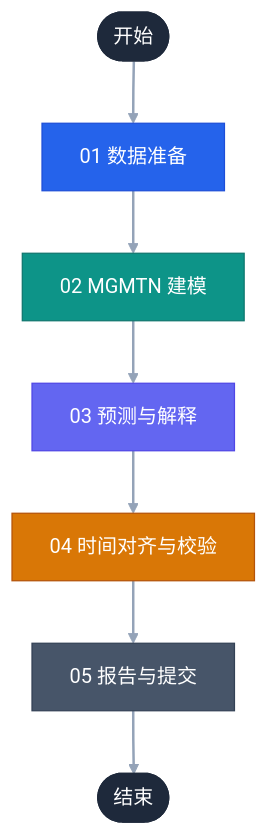
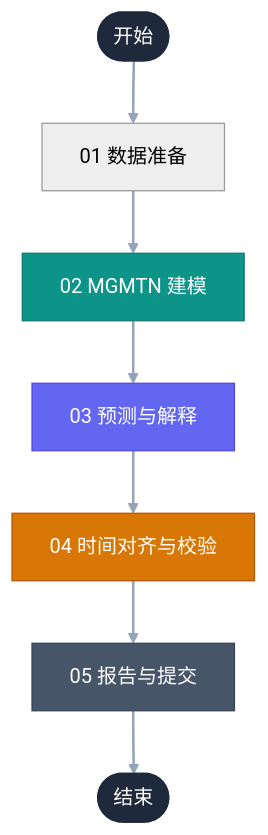
The diagram in all/未命名.md (uann-hu/iodraw-files), drawn with Mermaid (neutral theme) before and after one commit.

Commit message:
2026-09-24 20:28:12 update

````diff
--- a/all/未命名.md
+++ b/all/未命名.md
@@ -1,24 +1,24 @@
 ```mermaid
 flowchart TD
     S([开始]) --> A["01  数据准备"]
     A --> B["02  MGMTN 建模"]
     B --> C["03  预测与解释"]
     C --> D["04  时间对齐与校验"]
     D --> E["05  报告与提交"]
     E --> Z([结束])
 
     classDef terminal fill:#1E293B,stroke:#1E293B,color:#FFFFFF
     classDef blue fill:#2563EB,stroke:#1D4ED8,color:#FFFFFF
     classDef teal fill:#0D9488,stroke:#0F766E,color:#FFFFFF
     classDef violet fill:#6366F1,stroke:#4F46E5,color:#FFFFFF
     classDef amber fill:#D97706,stroke:#B45309,color:#FFFFFF
     classDef slate fill:#475569,stroke:#334155,color:#FFFFFF
     class S,Z terminal
-    class A blue
+    class A lblue
     class B teal
     class C violet
     class D amber
     class E slate
     linkStyle default stroke:#94A3B8,stroke-width:2px
 
 ```
````
